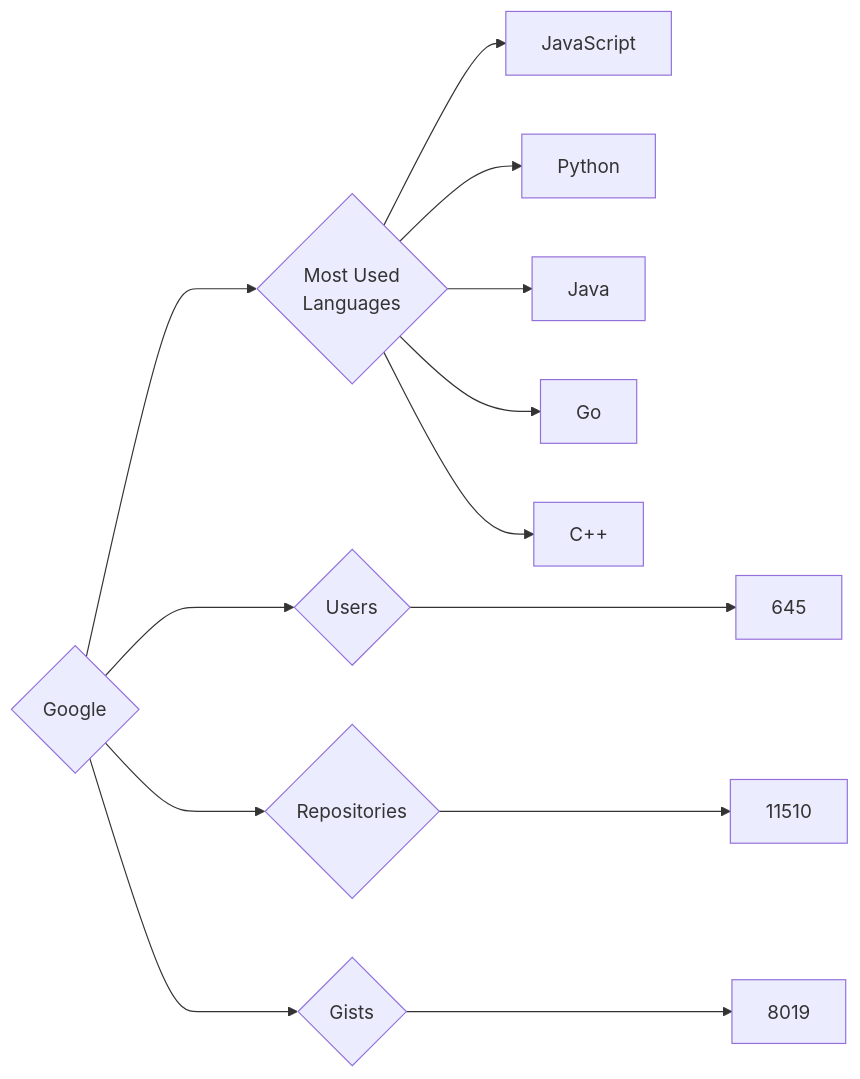
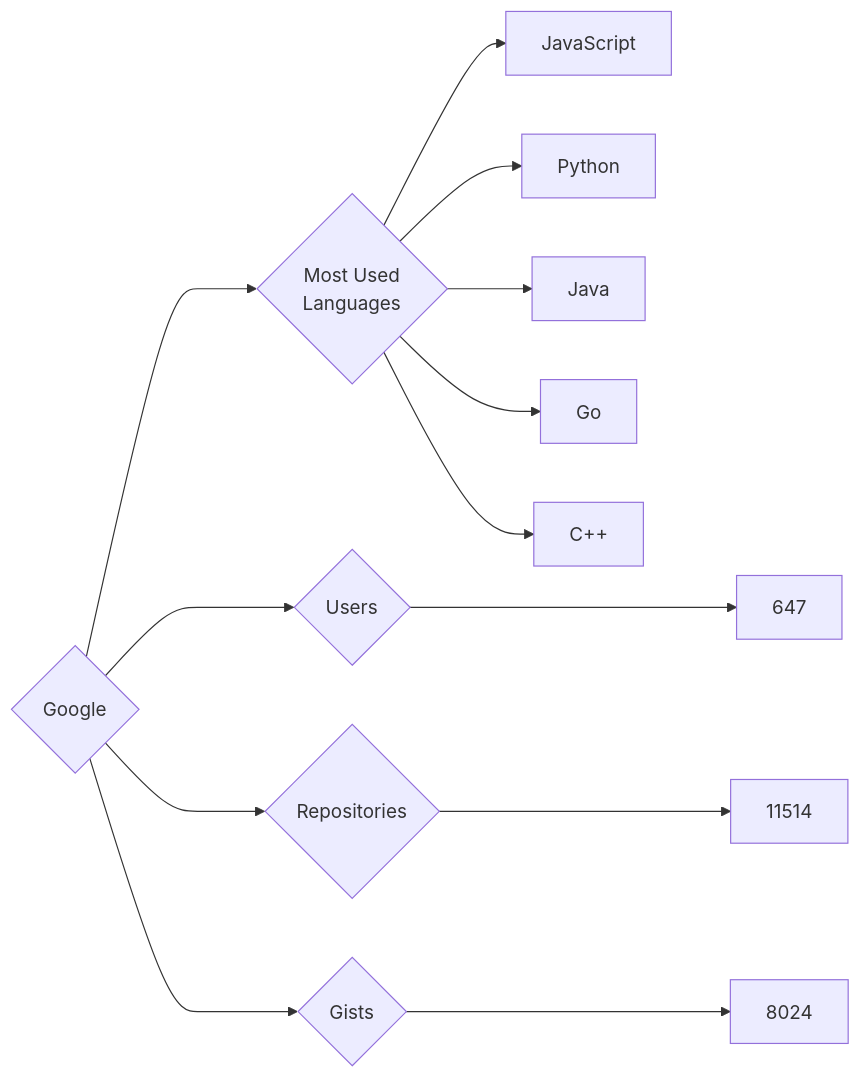
One commit to trickest/insiders changed the diagram in targets/Google/README.md. Above: the diagram before and after it, drawn with Mermaid. The commit also changed 440 other files, not shown here.

````diff
--- a/targets/Google/README.md
+++ b/targets/Google/README.md
@@ -3,13 +3,13 @@
 ```mermaid
 graph LR
 COMPANY_NAME{Google}
-COMPANY_NAME ---> U{Users} ---> UN[645]
-COMPANY_NAME ---> R{Repositories} ---> RN[11510]
-COMPANY_NAME ---> G{Gists} ---> GN[8019]
+COMPANY_NAME ---> U{Users} ---> UN[647]
+COMPANY_NAME ---> R{Repositories} ---> RN[11514]
+COMPANY_NAME ---> G{Gists} ---> GN[8024]
 COMPANY_NAME ---> ML{Most Used<br>Languages}
 ML --> JavaScript[JavaScript]
 ML --> Python[Python]
 ML --> Java[Java]
 ML --> Go[Go]
 ML --> C++[C++]
 ```
````
